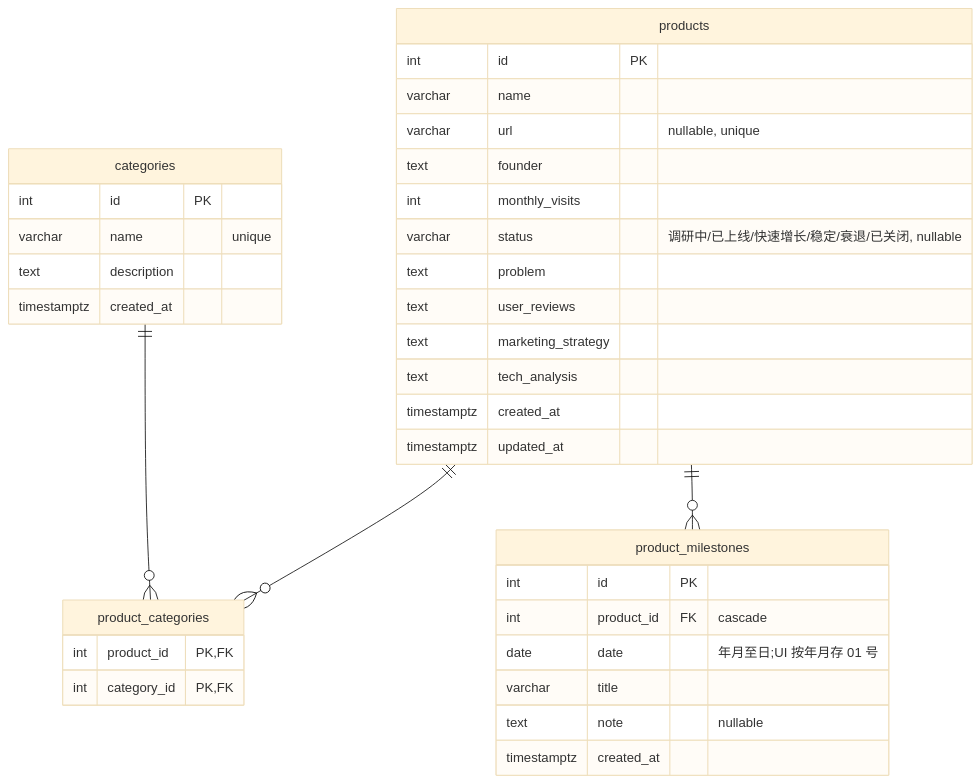
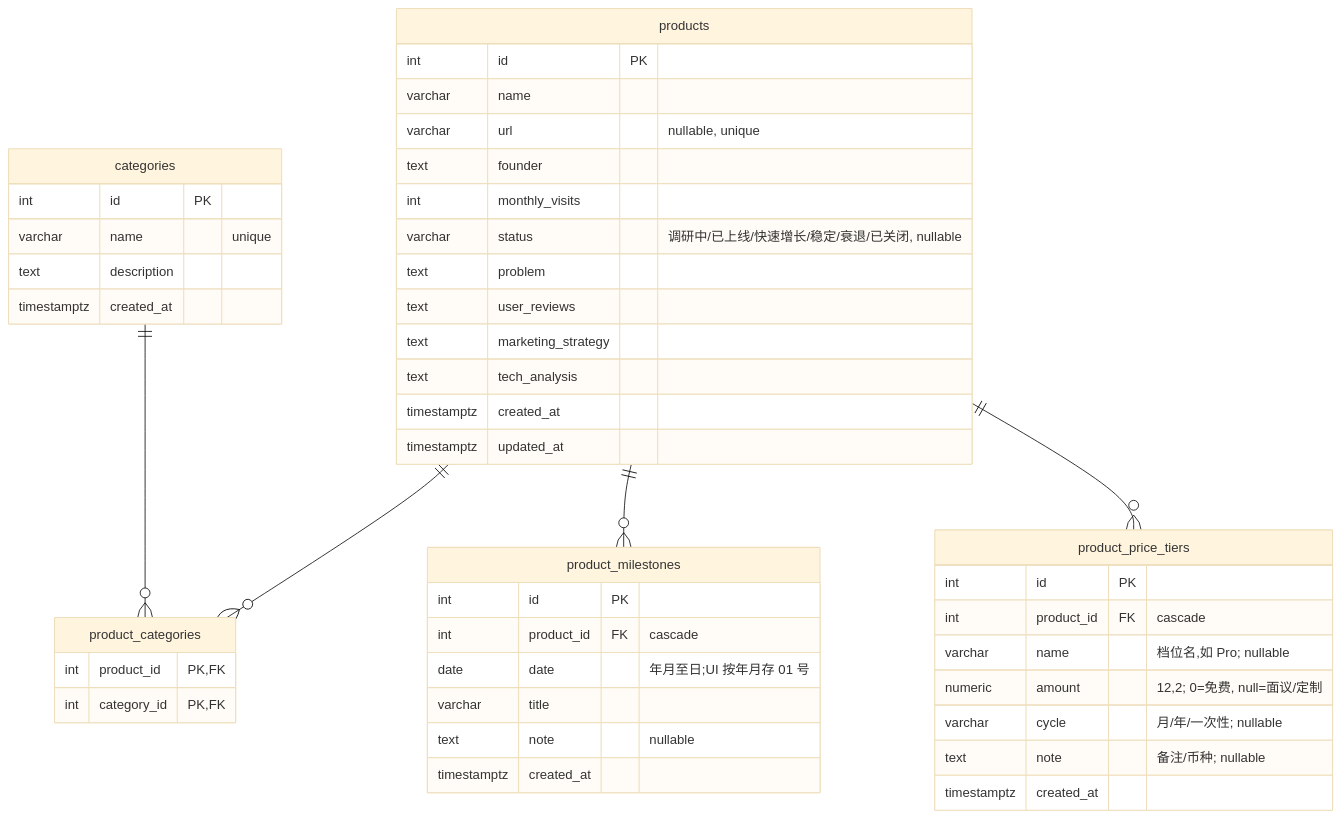
One commit to notrick-no/producthub changed the diagram in doc/架构.md. Above: the diagram before and after it, drawn with Mermaid (base theme). The commit also changed other lines of this file and 9 other files, not shown here.

First line of the commit message:
feat: 产品分级定价(product_price_tiers 子表)

````diff
--- a/doc/架构.md
+++ b/doc/架构.md
@@ -72,38 +72,48 @@
 ```mermaid
 erDiagram
   products ||--o{ product_categories : ""
   products ||--o{ product_milestones : ""
+  products ||--o{ product_price_tiers : ""
   categories ||--o{ product_categories : ""
   products {
     int id PK
     varchar name
     varchar url "nullable, unique"
     text founder
     int monthly_visits
     varchar status "调研中/已上线/快速增长/稳定/衰退/已关闭, nullable"
     text problem
     text user_reviews
     text marketing_strategy
     text tech_analysis
     timestamptz created_at
     timestamptz updated_at
   }
   categories {
     int id PK
     varchar name "unique"
     text description
     timestamptz created_at
   }
   product_categories {
     int product_id PK,FK
     int category_id PK,FK
   }
   product_milestones {
     int id PK
     int product_id FK "cascade"
     date date "年月至日;UI 按年月存 01 号"
     varchar title
     text note "nullable"
     timestamptz created_at
   }
+  product_price_tiers {
+    int id PK
+    int product_id FK "cascade"
+    varchar name "档位名,如 Pro; nullable"
+    numeric amount "12,2; 0=免费, null=面议/定制"
+    varchar cycle "月/年/一次性; nullable"
+    text note "备注/币种; nullable"
+    timestamptz created_at
+  }
 ```
````
